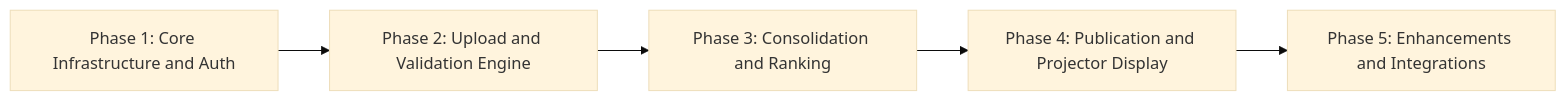
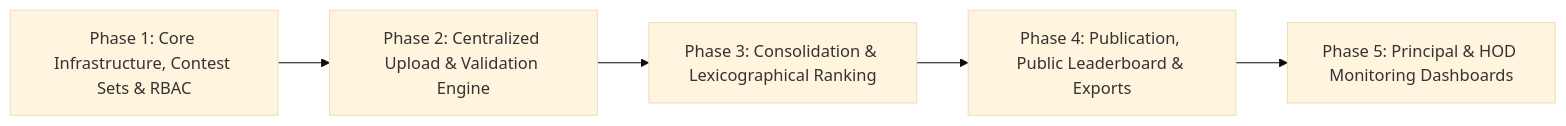
One commit to toxicbishop/CodeClash-LeaderBoard changed the diagram in docs/decisions-and-delivery.md. Above: the diagram before and after it, drawn with Mermaid (base theme). The commit also changed other lines of this file and 4 other files, not shown here.

````diff
--- a/docs/decisions-and-delivery.md
+++ b/docs/decisions-and-delivery.md
@@ -9,7 +9,7 @@
 ```mermaid
 flowchart LR
-    P1["Phase 1: Core Infrastructure and Auth"] --> P2["Phase 2: Upload and Validation Engine"]
-    P2 --> P3["Phase 3: Consolidation and Ranking"]
-    P3 --> P4["Phase 4: Publication and Projector Display"]
-    P4 --> P5["Phase 5: Enhancements and Integrations"]
+    P1["Phase 1: Core Infrastructure, Contest Sets & RBAC"] --> P2["Phase 2: Centralized Upload & Validation Engine"]
+    P2 --> P3["Phase 3: Consolidation & Lexicographical Ranking"]
+    P3 --> P4["Phase 4: Publication, Public Leaderboard & Exports"]
+    P4 --> P5["Phase 5: Principal & HOD Monitoring Dashboards"]
 ```
````
